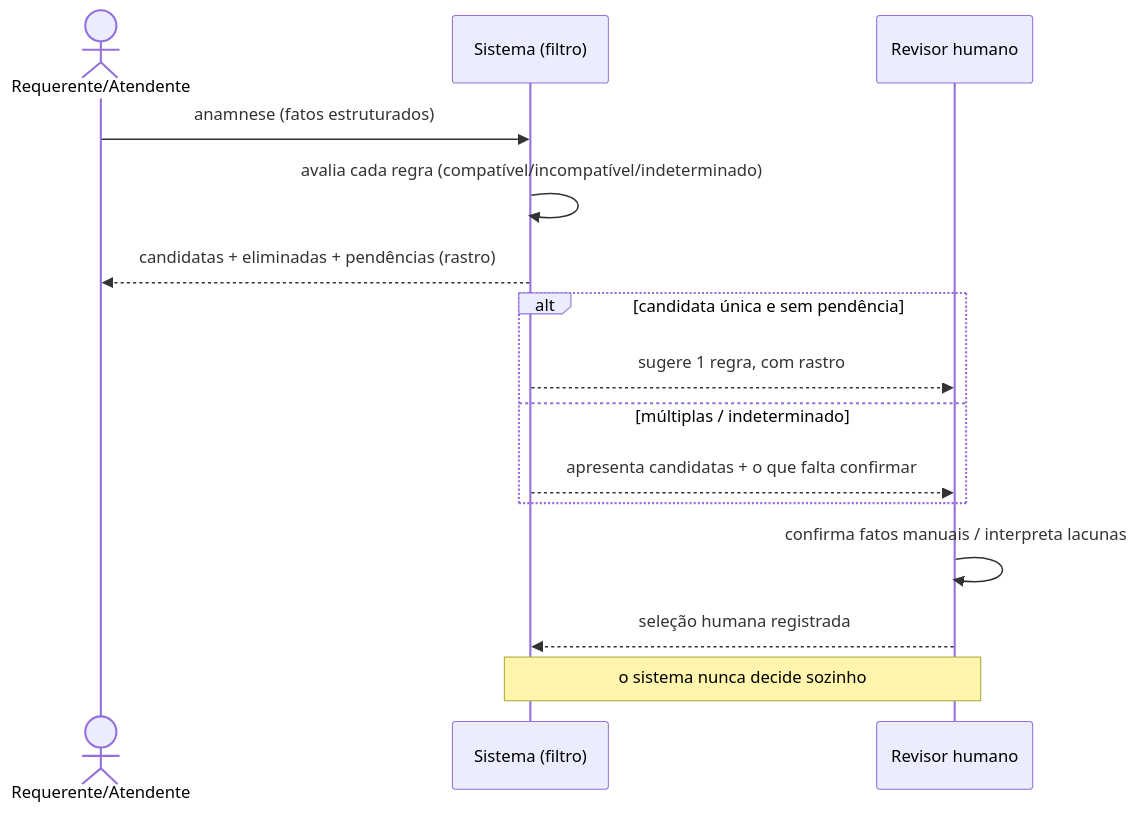
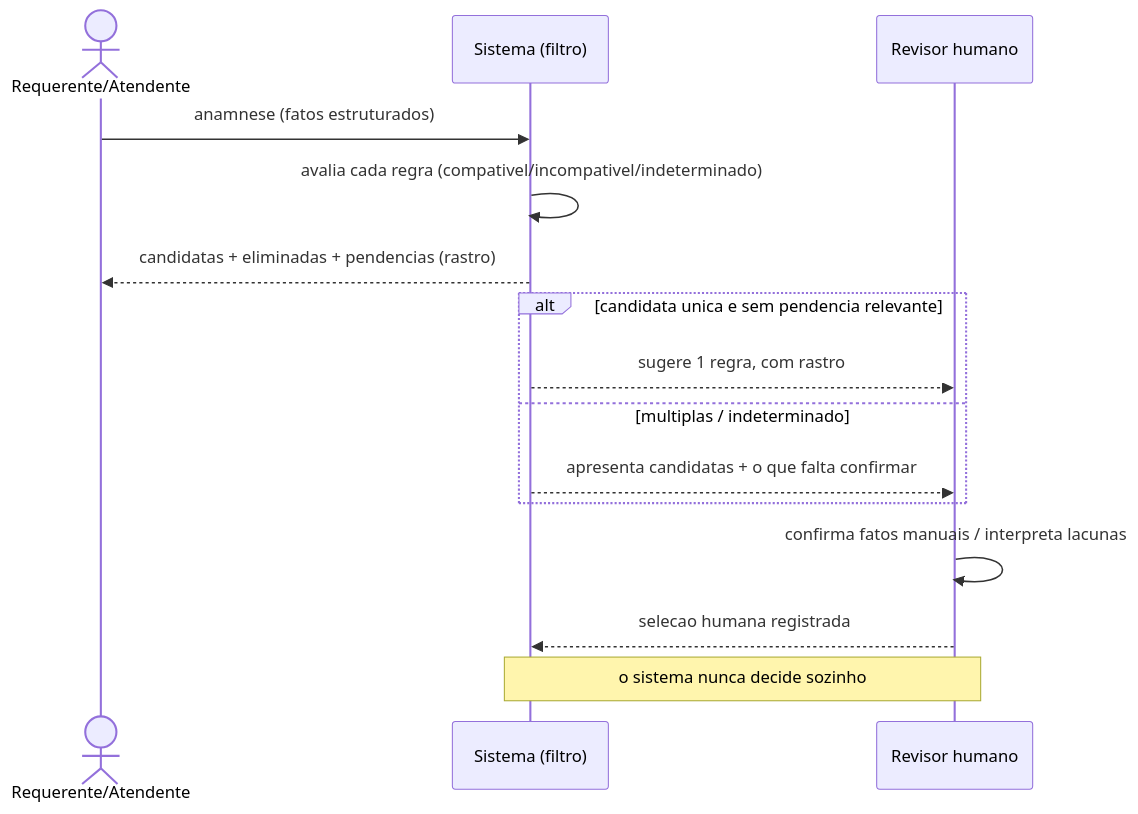
Before and after one commit to franklinbaldo/sisprev: the second of 6 diagrams in docs/rfc/0002-selecao-explicavel-pos-anamnese.md, drawn with Mermaid. The commit also changed other lines of this file and 2 other files, not shown here.

````diff
--- a/docs/rfc/0002-selecao-explicavel-pos-anamnese.md
+++ b/docs/rfc/0002-selecao-explicavel-pos-anamnese.md
@@ -134,17 +140,17 @@
 ```mermaid
 sequenceDiagram
     actor U as Requerente/Atendente
     participant S as Sistema (filtro)
     participant R as Revisor humano
     U->>S: anamnese (fatos estruturados)
-    S->>S: avalia cada regra (compatível/incompatível/indeterminado)
-    S-->>U: candidatas + eliminadas + pendências (rastro)
-    alt candidata única e sem pendência
+    S->>S: avalia cada regra (compativel/incompativel/indeterminado)
+    S-->>U: candidatas + eliminadas + pendencias (rastro)
+    alt candidata unica e sem pendencia relevante
         S-->>R: sugere 1 regra, com rastro
-    else múltiplas / indeterminado
+    else multiplas / indeterminado
         S-->>R: apresenta candidatas + o que falta confirmar
     end
     R->>R: confirma fatos manuais / interpreta lacunas
-    R-->>S: seleção humana registrada
+    R-->>S: selecao humana registrada
     note over S,R: o sistema nunca decide sozinho
 ```
````
